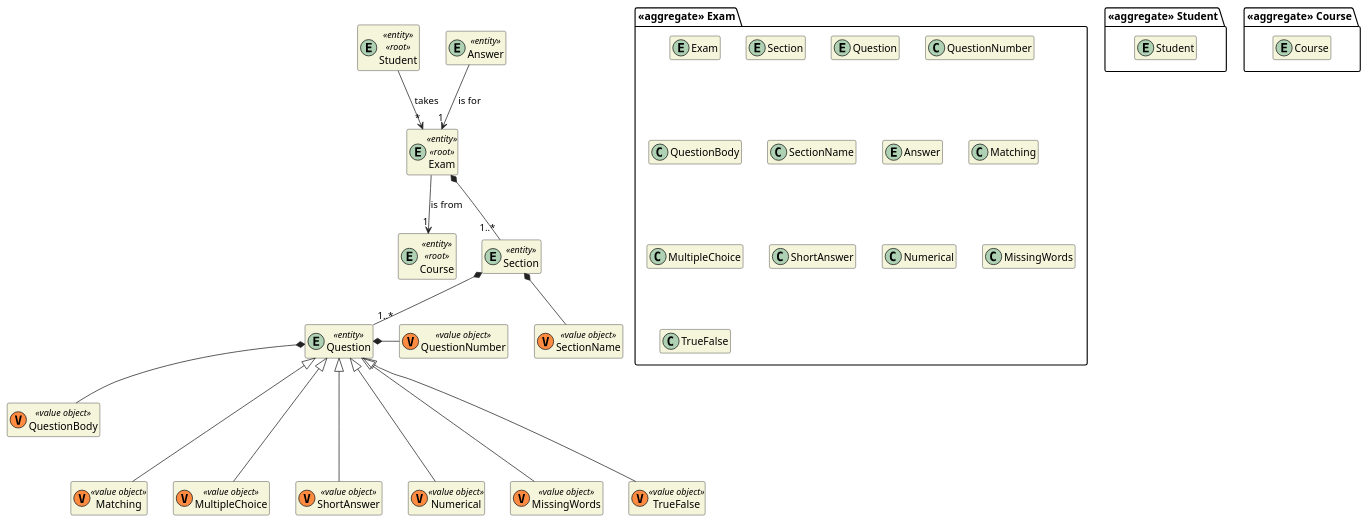
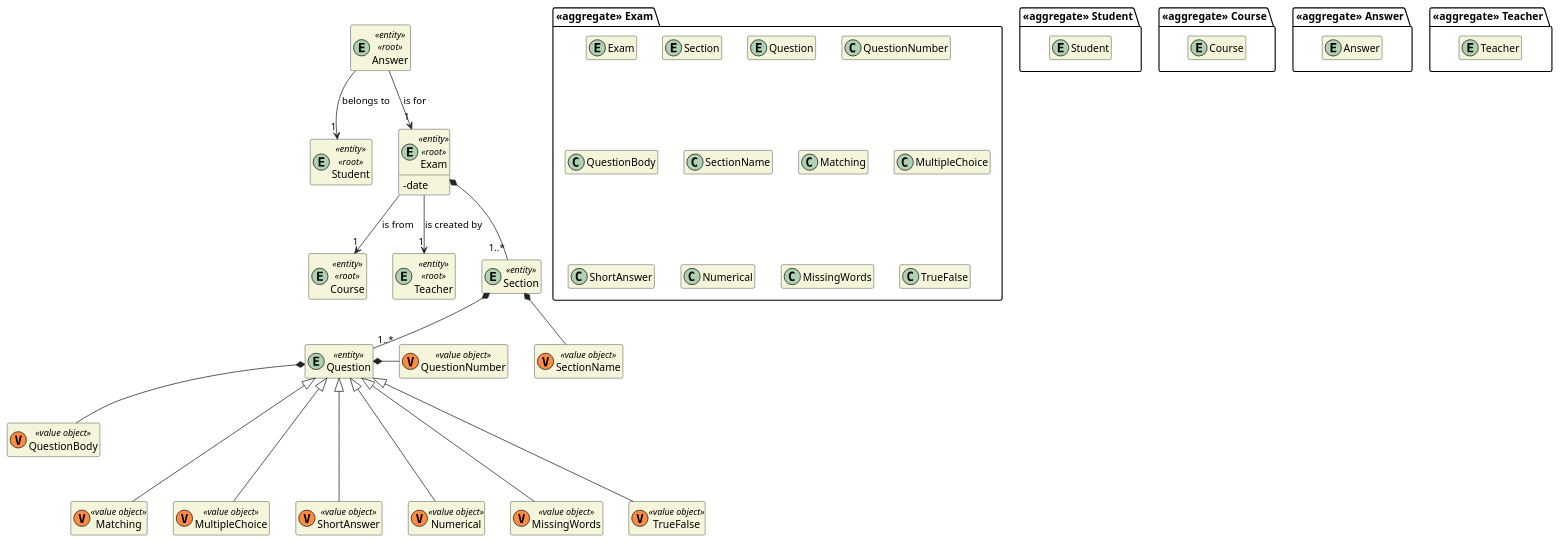
One commit to miseEnPlace-dev/lapr4 changed the diagram in docs/DM/DM_Exam.puml. Above: the diagram before and after it, drawn with PlantUML. The commit also changed 20 other files, not shown here.

```diff
--- a/docs/DM/DM_Exam.puml
+++ b/docs/DM/DM_Exam.puml
@@ -1,84 +1,96 @@
 @startuml DM-EXAM
 'https://plantuml.com/class-diagram
 
 skinparam classAttributeIconSize 0
 hide empty attributes
 hide empty methods
 skinparam classBackgroundColor beige
 skinparam ArrowColor #222222
 
 package "<<aggregate>> Exam" {
     entity Exam
     entity Section
 
     entity Question
     class QuestionNumber
     class QuestionBody
     class SectionName
-
-    entity Answer
 
     class Matching
     class MultipleChoice
     class ShortAnswer
     class Numerical
     class MissingWords
     class TrueFalse
 }
 
 package "<<aggregate>> Student" {
     entity Student
 }
 
 entity Student <<entity>> <<root>> {
 }
 
 package "<<aggregate>> Course" {
     entity Course
 }
 
 entity Course <<entity>> <<root>> {
 }
 
-entity Answer <<entity>>{
+package "<<aggregate>> Answer" {
+    entity Answer
 }
 
-entity Exam <<entity>> <<root>> {}
+entity Answer <<entity>> <<root>> {
+}
+
+package "<<aggregate>> Teacher" {
+    entity Teacher
+}
+
+entity Teacher <<entity>> <<root>> {
+}
+
+entity Exam <<entity>> <<root>> {
+    - date
+}
 
 entity Section <<entity>> {}
 
 entity Question <<entity>> {}
 
 class QuestionNumber <<(V,#FF8B40) value object>> {}
 class QuestionBody <<(V,#FF8B40) value object>> {}
 
 class SectionName <<(V,#FF8B40) value object>> {}
 
 class Matching <<(V, #FF8B40) value object>> {}
 class MultipleChoice <<(V, #FF8B40) value object>> {}
 class ShortAnswer <<(V, #FF8B40) value object>> {}
 class Numerical <<(V, #FF8B40) value object>> {}
 class MissingWords <<(V, #FF8B40) value object>> {}
 class TrueFalse <<(V, #FF8B40) value object>> {}
 
 Question *- QuestionNumber
 Question *-- QuestionBody
 
 Question <|--- Matching
 Question <|--- MultipleChoice
 Question <|--- ShortAnswer
 Question <|--- Numerical
 Question <|--- MissingWords
 Question <|--- TrueFalse
 
 Exam *-- "1..*" Section
 Exam --> "1" Course : is from
+Exam --> "1" Teacher : is created by
 
 Section *-- "1..*" Question
 Section *-- SectionName
 
-Student --> "*" Exam : takes
+Answer --> "1" Student : belongs to
 
 Answer --> "1" Exam : is for
 
 @enduml
```
